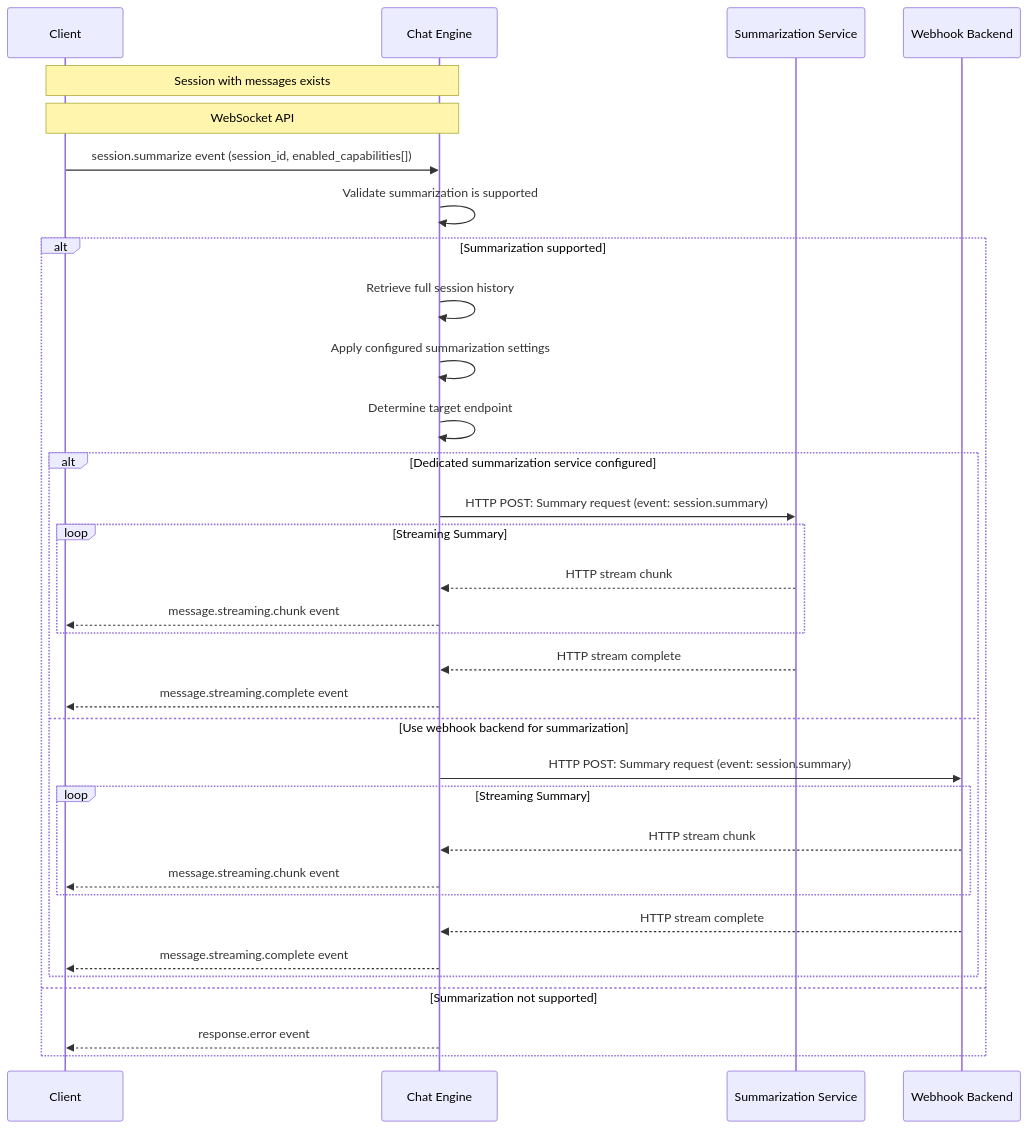
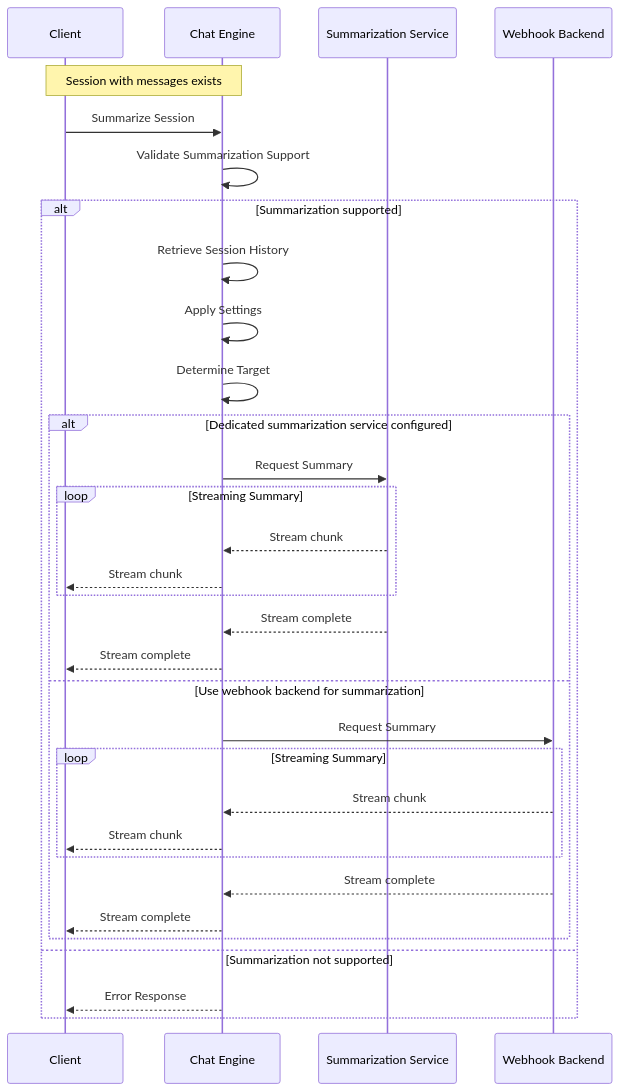
Diagram 14 of 16 in modules/chat_engine/DESIGN.md (hypernetix/hyperspot), drawn with Mermaid before and after one commit. The commit also changed other lines of this file and 25 other files, not shown here.

````diff
--- a/modules/chat_engine/DESIGN.md
+++ b/modules/chat_engine/DESIGN.md
@@ -822,43 +775,42 @@
 ```mermaid
 sequenceDiagram
     participant Client
     participant Chat Engine
     participant Summarization Service
     participant Webhook Backend
 
     Note over Client,Chat Engine: Session with messages exists
 
-    Note over Client,Chat Engine: WebSocket API
-    Client->>Chat Engine: session.summarize event (session_id, enabled_capabilities[])
-    Chat Engine->>Chat Engine: Validate summarization is supported
+    Client->>Chat Engine: Summarize Session
+    Chat Engine->>Chat Engine: Validate Summarization Support
 
     alt Summarization supported
-        Chat Engine->>Chat Engine: Retrieve full session history
-        Chat Engine->>Chat Engine: Apply configured summarization settings
-        Chat Engine->>Chat Engine: Determine target endpoint
+        Chat Engine->>Chat Engine: Retrieve Session History
+        Chat Engine->>Chat Engine: Apply Settings
+        Chat Engine->>Chat Engine: Determine Target
 
         alt Dedicated summarization service configured
-            Chat Engine->>Summarization Service: HTTP POST: Summary request (event: session.summary)
+            Chat Engine->>Summarization Service: Request Summary
 
             loop Streaming Summary
-                Summarization Service-->>Chat Engine: HTTP stream chunk
-                Chat Engine-->>Client: message.streaming.chunk event
+                Summarization Service-->>Chat Engine: Stream chunk
+                Chat Engine-->>Client: Stream chunk
             end
 
-            Summarization Service-->>Chat Engine: HTTP stream complete
-            Chat Engine-->>Client: message.streaming.complete event
+            Summarization Service-->>Chat Engine: Stream complete
+            Chat Engine-->>Client: Stream complete
         else Use webhook backend for summarization
-            Chat Engine->>Webhook Backend: HTTP POST: Summary request (event: session.summary)
+            Chat Engine->>Webhook Backend: Request Summary
 
             loop Streaming Summary
-                Webhook Backend-->>Chat Engine: HTTP stream chunk
-                Chat Engine-->>Client: message.streaming.chunk event
+                Webhook Backend-->>Chat Engine: Stream chunk
+                Chat Engine-->>Client: Stream chunk
             end
 
-            Webhook Backend-->>Chat Engine: HTTP stream complete
-            Chat Engine-->>Client: message.streaming.complete event
+            Webhook Backend-->>Chat Engine: Stream complete
+            Chat Engine-->>Client: Stream complete
         end
     else Summarization not supported
-        Chat Engine-->>Client: response.error event
+        Chat Engine-->>Client: Error Response
     end
 ```
````
